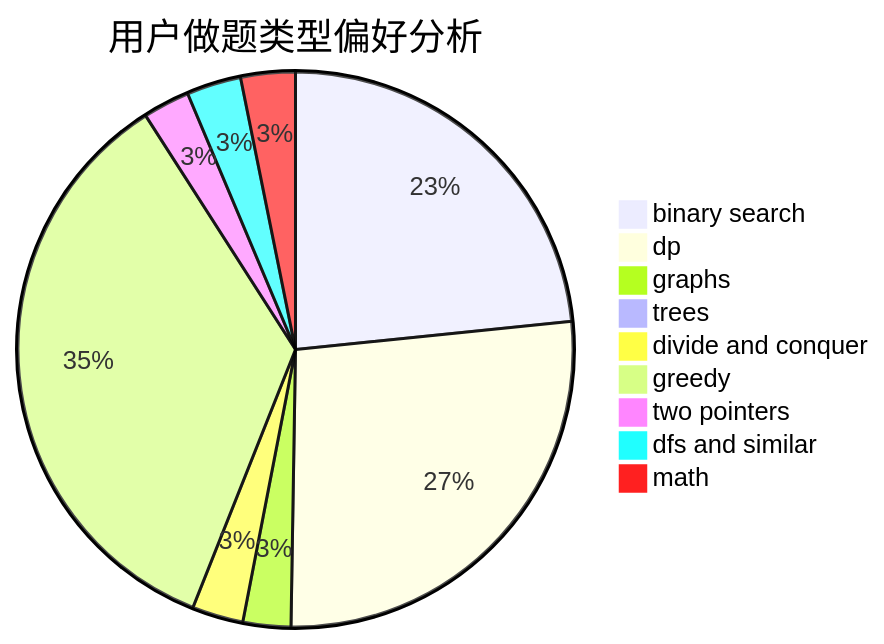
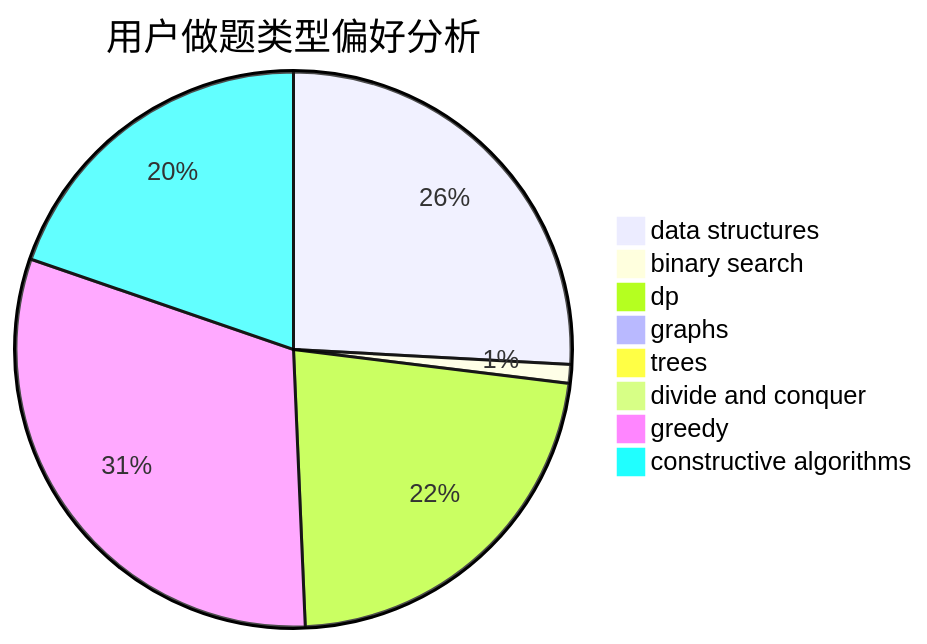
The second of 3 diagrams in docs/user/u2734.md (sherpahu/cfrs.github.io), drawn with Mermaid before and after one commit. The commit also changed other lines of this file and 2775 other files, not shown here.

````diff
--- a/docs/user/u2734.md
+++ b/docs/user/u2734.md
@@ -23,12 +23,11 @@
 ```mermaid
 pie title 用户做题类型偏好分析
-    "binary search" :  361
-    "dp" :  415
-    "graphs" :  43
-    "trees" :  4
-    "divide and conquer" :  46
-    "greedy" :  539
-    "two pointers" :  42
-    "dfs and similar" :  49
-    "math" :  49
+    "data structures" :  401
+    "binary search" :  17
+    "dp" :  347
+    "graphs" :  9
+    "trees" :  3
+    "divide and conquer" :  0
+    "greedy" :  480
+    "constructive algorithms" :  306
 ```
````
